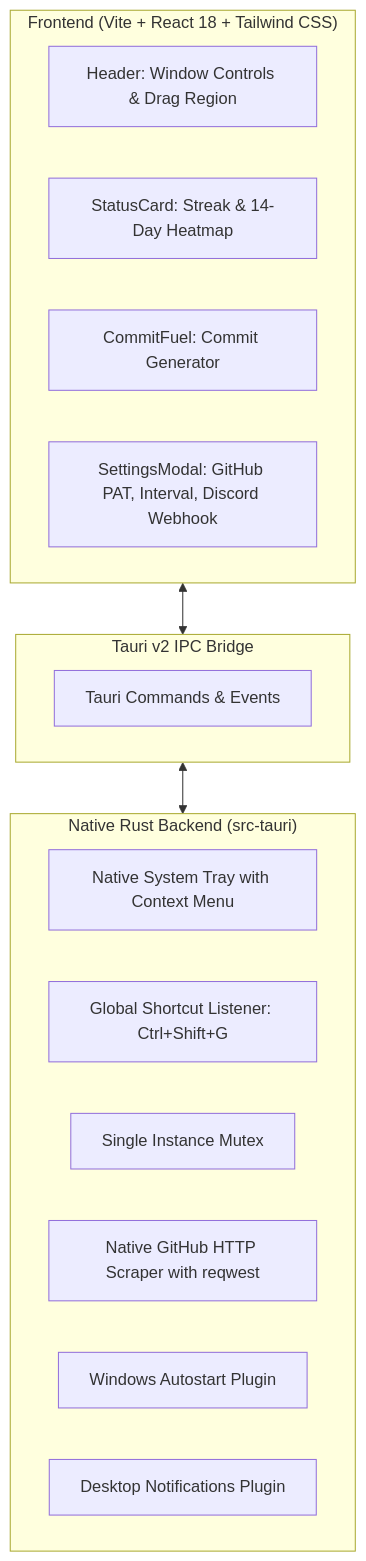
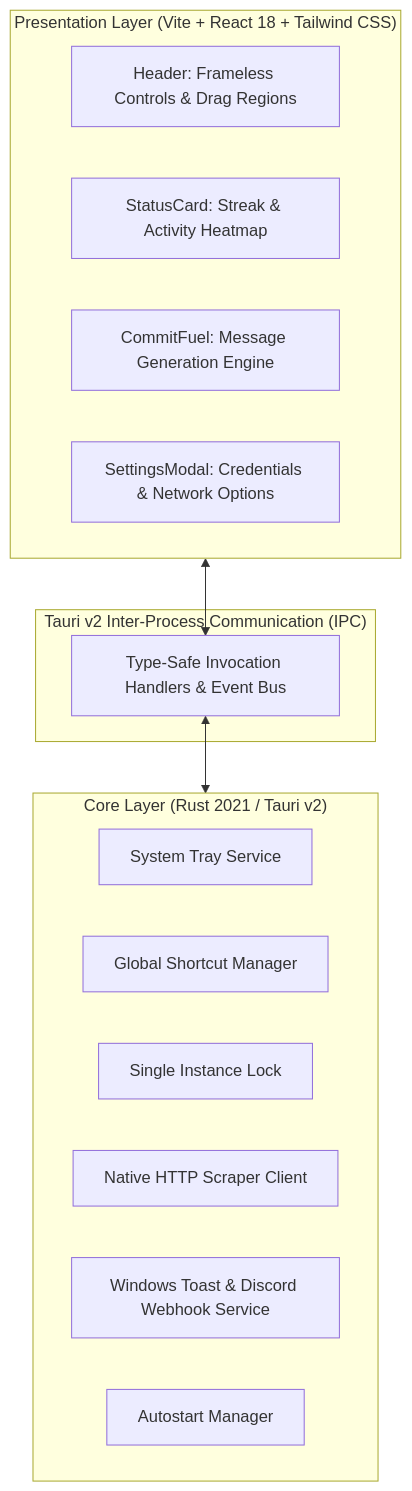
The diagram in README.md (Andreyy05/GitPulse_Rust), drawn with Mermaid before and after one commit. The commit also changed other lines of this file, not shown here.

````diff
--- a/README.md
+++ b/README.md
@@ -73,24 +60,24 @@
 ```mermaid
 flowchart TD
-    subgraph UI ["Frontend (Vite + React 18 + Tailwind CSS)"]
-        A[Header: Window Controls & Drag Region]
-        B[StatusCard: Streak & 14-Day Heatmap]
-        C[CommitFuel: Commit Generator]
-        D[SettingsModal: GitHub PAT, Interval, Discord Webhook]
+    subgraph Frontend ["Presentation Layer (Vite + React 18 + Tailwind CSS)"]
+        H[Header: Frameless Controls & Drag Regions]
+        SC[StatusCard: Streak & Activity Heatmap]
+        CF[CommitFuel: Message Generation Engine]
+        SM[SettingsModal: Credentials & Network Options]
     end
 
-    subgraph IPC ["Tauri v2 IPC Bridge"]
-        E[Tauri Commands & Events]
+    subgraph IPC ["Tauri v2 Inter-Process Communication (IPC)"]
+        Bridge[Type-Safe Invocation Handlers & Event Bus]
     end
 
-    subgraph Rust ["Native Rust Backend (src-tauri)"]
-        F[Native System Tray with Context Menu]
-        G[Global Shortcut Listener: Ctrl+Shift+G]
-        H[Single Instance Mutex]
-        I[Native GitHub HTTP Scraper with reqwest]
-        J[Windows Autostart Plugin]
-        K[Desktop Notifications Plugin]
+    subgraph Backend ["Core Layer (Rust 2021 / Tauri v2)"]
+        Tray[System Tray Service]
+        Shortcut[Global Shortcut Manager]
+        Lock[Single Instance Lock]
+        HTTP[Native HTTP Scraper Client]
+        Notif[Windows Toast & Discord Webhook Service]
+        Auto[Autostart Manager]
     end
 
-    UI <--> IPC <--> Rust
+    Frontend <--> Bridge <--> Backend
 ```
````
